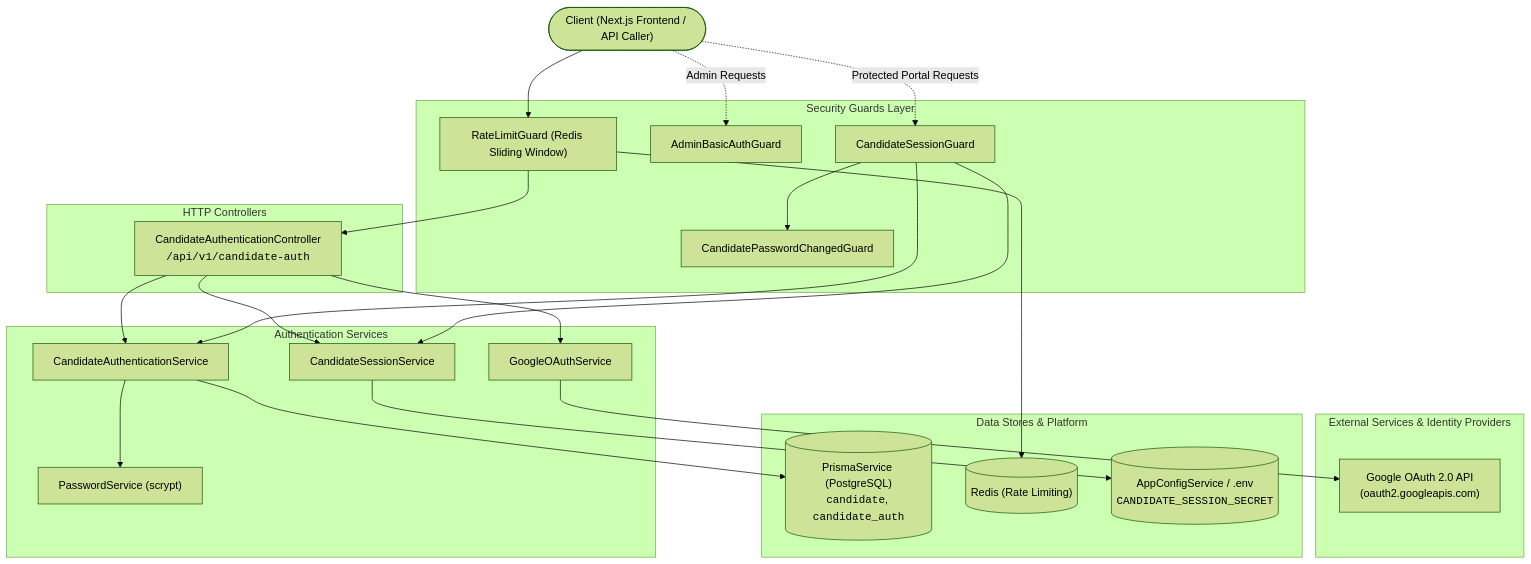
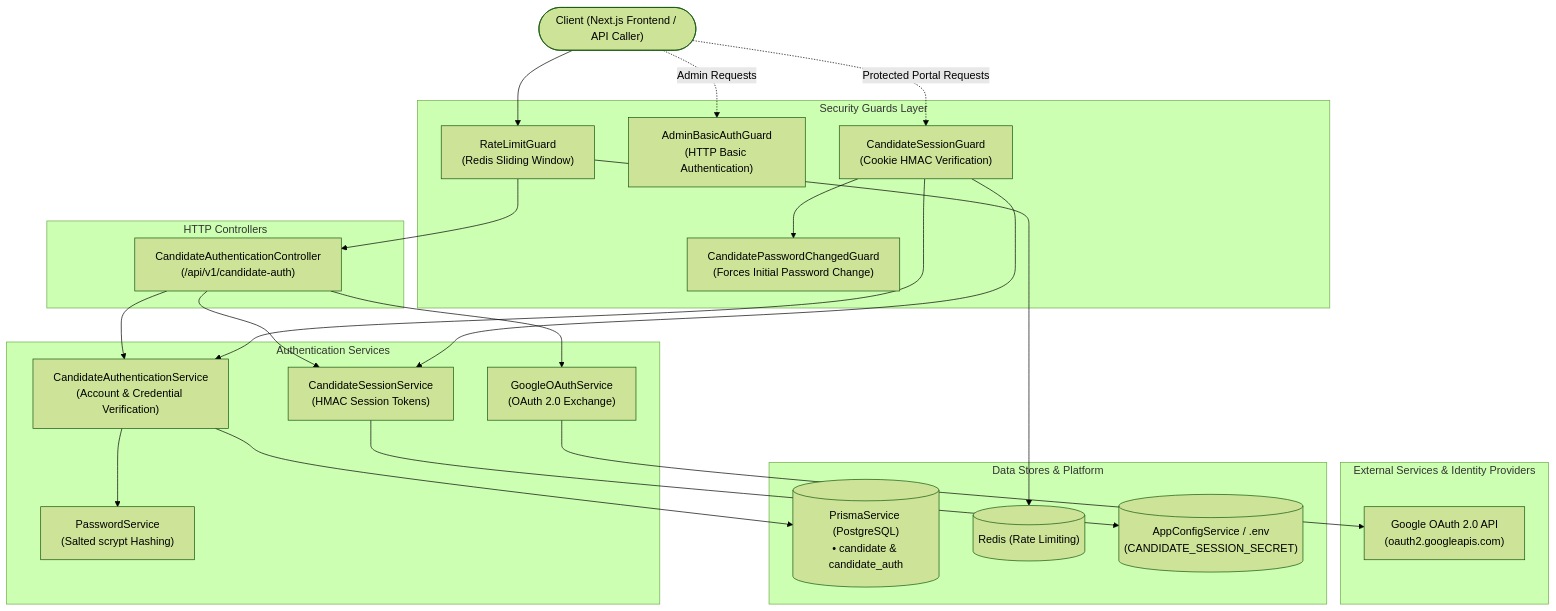
One commit to MohammadSheakh/job-intelligence changed the first of 4 diagrams in backend/src/features/authentication/README.md. Above: the diagram before and after it, drawn with Mermaid (forest theme). The commit also changed other lines of this file and 19 other files, not shown here.

First line of the commit message:
docs(architecture): add technical diagram specs and enhance feature READMEs

````diff
--- a/backend/src/features/authentication/README.md
+++ b/backend/src/features/authentication/README.md
@@ -10,50 +10,50 @@
 ```mermaid
 flowchart TD
     Client(["Client (Next.js Frontend / API Caller)"])
     
     subgraph Guards ["Security Guards Layer"]
-        RateLimit["RateLimitGuard (Redis Sliding Window)"]
-        AdminGuard["AdminBasicAuthGuard"]
-        SessionGuard["CandidateSessionGuard"]
-        PasswordGuard["CandidatePasswordChangedGuard"]
+        RateLimit["RateLimitGuard<br/>(Redis Sliding Window)"]
+        AdminGuard["AdminBasicAuthGuard<br/>(HTTP Basic Authentication)"]
+        SessionGuard["CandidateSessionGuard<br/>(Cookie HMAC Verification)"]
+        PasswordGuard["CandidatePasswordChangedGuard<br/>(Forces Initial Password Change)"]
     end
     
     subgraph ControllerLayer ["HTTP Controllers"]
-        AuthCtrl["CandidateAuthenticationController<br/><code>/api/v1/candidate-auth</code>"]
+        AuthCtrl["CandidateAuthenticationController<br/>(/api/v1/candidate-auth)"]
     end
 
     subgraph ServiceLayer ["Authentication Services"]
-        AuthSvc["CandidateAuthenticationService"]
-        SessionSvc["CandidateSessionService"]
-        GoogleSvc["GoogleOAuthService"]
-        PasswordLib["PasswordService (scrypt)"]
+        AuthSvc["CandidateAuthenticationService<br/>(Account & Credential Verification)"]
+        SessionSvc["CandidateSessionService<br/>(HMAC Session Tokens)"]
+        GoogleSvc["GoogleOAuthService<br/>(OAuth 2.0 Exchange)"]
+        PasswordLib["PasswordService<br/>(Salted scrypt Hashing)"]
     end
 
     subgraph ExternalProviders ["External Services & Identity Providers"]
         GoogleAPI["Google OAuth 2.0 API<br/>(oauth2.googleapis.com)"]
     end
 
     subgraph StorageLayer ["Data Stores & Platform"]
-        Prisma[("PrismaService (PostgreSQL)<br/><code>candidate</code>, <code>candidate_auth</code>")]
+        Prisma[("PrismaService (PostgreSQL)<br/>• candidate & candidate_auth")]
         RedisStore[("Redis (Rate Limiting)")]
-        Config[("AppConfigService / .env<br/><code>CANDIDATE_SESSION_SECRET</code>")]
+        Config[("AppConfigService / .env<br/>(CANDIDATE_SESSION_SECRET)")]
     end
 
     Client --> RateLimit
     RateLimit --> AuthCtrl
     Client -.->|"Admin Requests"| AdminGuard
     Client -.->|"Protected Portal Requests"| SessionGuard
     SessionGuard --> PasswordGuard
 
     AuthCtrl --> AuthSvc
     AuthCtrl --> SessionSvc
     AuthCtrl --> GoogleSvc
     AuthSvc --> PasswordLib
     SessionSvc --> Config
     GoogleSvc --> GoogleAPI
 
     AuthSvc --> Prisma
     SessionGuard --> SessionSvc
     SessionGuard --> AuthSvc
     RateLimit --> RedisStore
 ```
````
